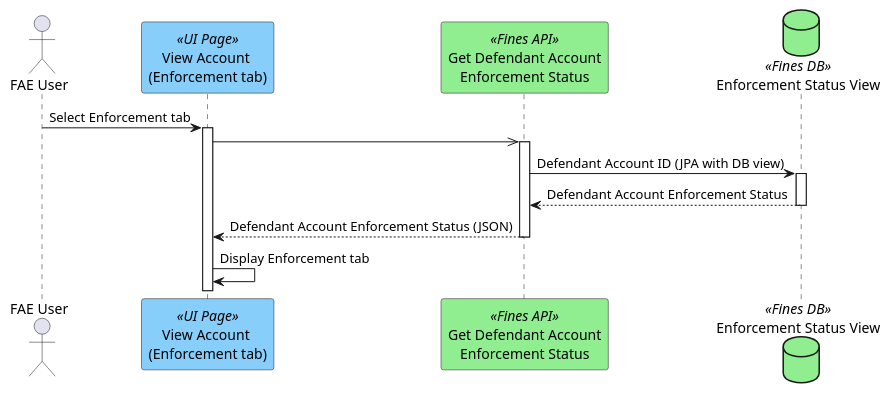
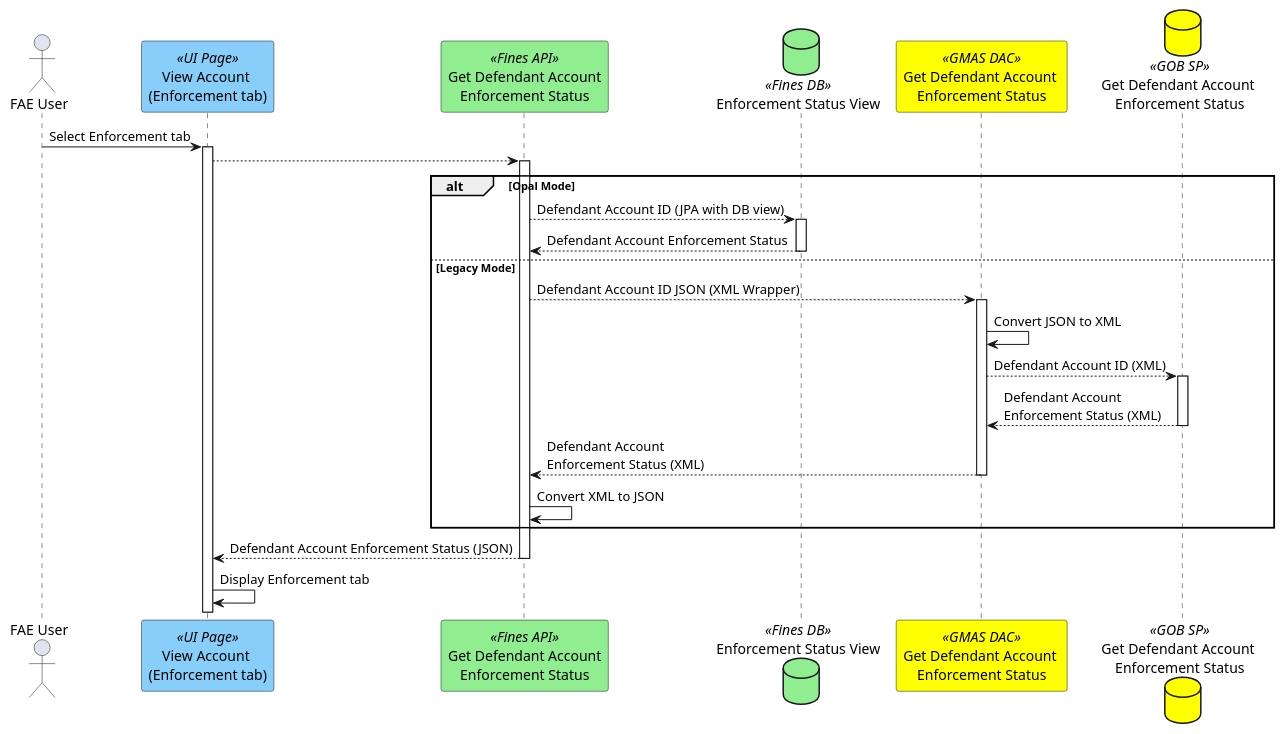
Before and after one commit to hmcts/opal-docs: the diagram in plantUML/fae-enforcement/fae-enforcement-view.puml, drawn with PlantUML.

Commit message:
view enforcement add legacy mode

```diff
--- a/plantUML/fae-enforcement/fae-enforcement-view.puml
+++ b/plantUML/fae-enforcement/fae-enforcement-view.puml
@@ -1,12 +1,25 @@
 @startuml
 actor "FAE User" as user
 participant "View Account \n(Enforcement tab)" as page <<UI Page>> #lightskyblue
 participant "Get Defendant Account\nEnforcement Status" as enfapi <<Fines API>> #lightgreen
 database "Enforcement Status View" as enfdb <<Fines DB>>  #lightgreen
+participant "Get Defendant Account \nEnforcement Status" as gmasdac <<GMAS DAC>> #yellow
+database "Get Defendant Account \nEnforcement Status" as enfdblegacy <<GOB SP>> #yellow
 user -> page ++: Select Enforcement tab
-page ->> enfapi ++
-enfapi -> enfdb ++ : Defendant Account ID (JPA with DB view)
+page --> enfapi ++
+alt Opal Mode
+enfapi --> enfdb ++ : Defendant Account ID (JPA with DB view)
 enfapi <-- enfdb --: Defendant Account Enforcement Status
+else Legacy Mode
+enfapi --> gmasdac ++ : Defendant Account ID JSON (XML Wrapper)
+gmasdac -> gmasdac: Convert JSON to XML
+gmasdac --> enfdblegacy ++ : Defendant Account ID (XML)
+enfdblegacy --> gmasdac --: Defendant Account \nEnforcement Status (XML)
+enfdblegacy --
+gmasdac --> enfapi --: Defendant Account \nEnforcement Status (XML)
+gmasdac --
+enfapi -> enfapi : Convert XML to JSON
+end
 page <-- enfapi -- : Defendant Account Enforcement Status (JSON)
 page -> page : Display Enforcement tab
 @enduml
```
